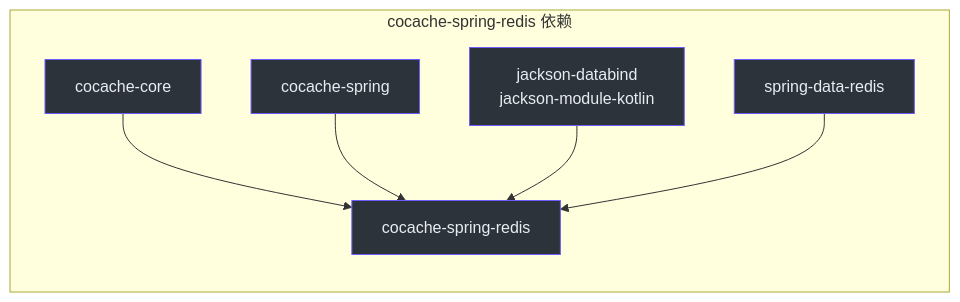
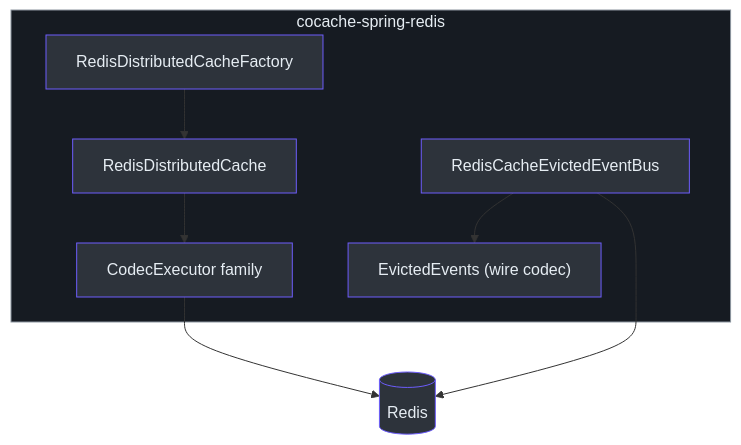
Before and after one commit to Ahoo-Wang/CoCache: the first of 3 diagrams in wiki/zh/modules/cocache-spring-redis.md, drawn with Mermaid. The commit also changed other lines of this file and 256 other files, not shown here.

First line of the commit message:
refactor!: rebuild coherence core for 5.0 (bounded staleness, explicit negative cache) (#575)

````diff
--- a/wiki/zh/modules/cocache-spring-redis.md
+++ b/wiki/zh/modules/cocache-spring-redis.md
@@ -12,26 +10,23 @@
 ```mermaid
-graph LR
-    subgraph sg_47 ["cocache-spring-redis 依赖"]
+graph TB
+    subgraph redis_mod ["cocache-spring-redis"]
+        RDC["RedisDistributedCache"]
+        RDCF["RedisDistributedCacheFactory"]
+        CE["CodecExecutor family"]
+        Bus["RedisCacheEvictedEventBus"]
+        EE["EvictedEvents (wire codec)"]
+    end
+    RDCF --> RDC
+    RDC --> CE
+    Bus --> EE
+    CE --> R[("Redis")]
+    Bus --> R
 
-        core["cocache-core"]
-        style core fill:#2d333b,stroke:#6d5dfc,color:#e6edf3
-
-        spring["cocache-spring"]
-        style spring fill:#2d333b,stroke:#6d5dfc,color:#e6edf3
-
-        redis["cocache-spring-redis"]
-        style redis fill:#2d333b,stroke:#6d5dfc,color:#e6edf3
-
-        jackson["jackson-databind<br>jackson-module-kotlin"]
-        style jackson fill:#2d333b,stroke:#6d5dfc,color:#e6edf3
-
-        sdr["spring-data-redis"]
-        style sdr fill:#2d333b,stroke:#6d5dfc,color:#e6edf3
-
-        core --> redis
-        spring --> redis
-        jackson --> redis
-        sdr --> redis
-    end
-
+    style RDC fill:#2d333b,stroke:#6d5dfc,color:#e6edf3
+    style RDCF fill:#2d333b,stroke:#6d5dfc,color:#e6edf3
+    style CE fill:#2d333b,stroke:#6d5dfc,color:#e6edf3
+    style Bus fill:#2d333b,stroke:#6d5dfc,color:#e6edf3
+    style EE fill:#2d333b,stroke:#6d5dfc,color:#e6edf3
+    style R fill:#2d333b,stroke:#6d5dfc,color:#e6edf3
+    style redis_mod fill:#161b22,stroke:#8b949e,color:#e6edf3
 ```
````
